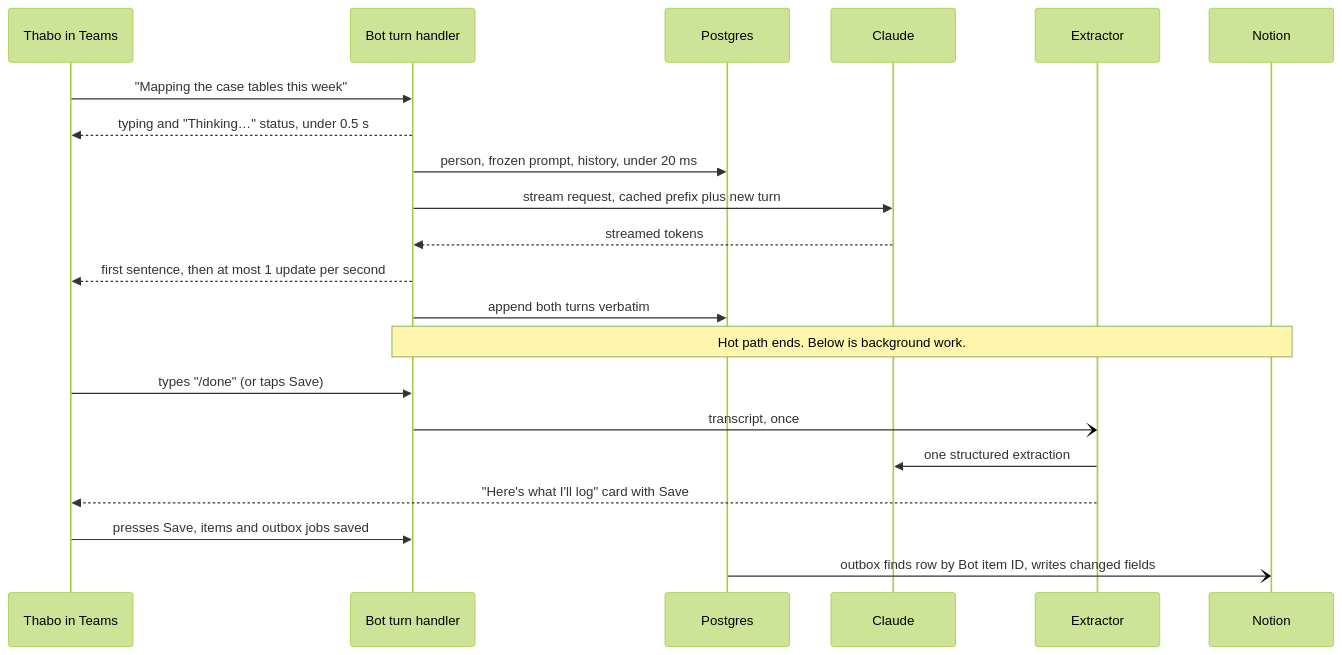
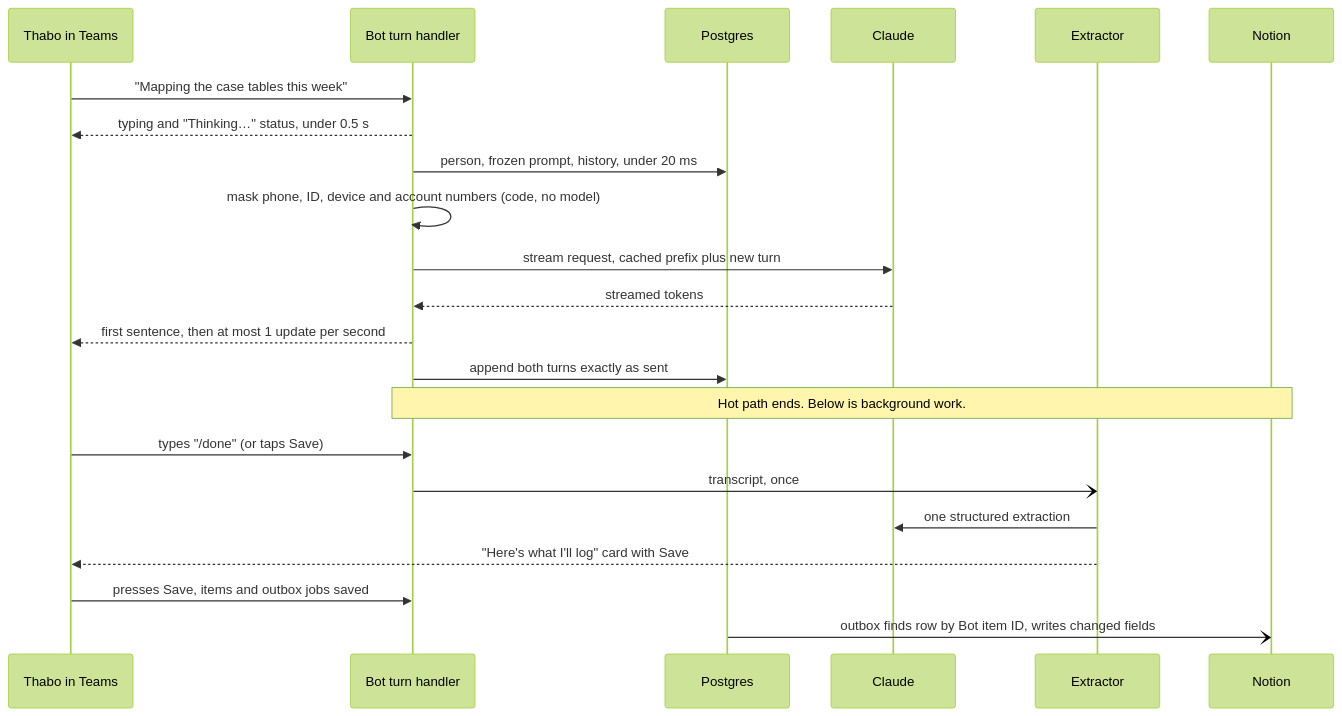
One commit to bedwards85/team-plannig-bot changed the second of 2 diagrams in docs/design.md. Above: the diagram before and after it, drawn with Mermaid (forest theme). The commit also changed other lines of this file and 1 other file, not shown here.

````diff
--- a/docs/design.md
+++ b/docs/design.md
@@ -40,23 +42,24 @@
 ```mermaid
 sequenceDiagram
   participant P as Thabo in Teams
   participant B as Bot turn handler
   participant D as Postgres
   participant C as Claude
   participant X as Extractor
   participant N as Notion
   P->>B: "Mapping the case tables this week"
   B-->>P: typing and "Thinking…" status, under 0.5 s
   B->>D: person, frozen prompt, history, under 20 ms
+  B->>B: mask phone, ID, device and account numbers (code, no model)
   B->>C: stream request, cached prefix plus new turn
   C-->>B: streamed tokens
   B-->>P: first sentence, then at most 1 update per second
-  B->>D: append both turns verbatim
+  B->>D: append both turns exactly as sent
   Note over B,N: Hot path ends. Below is background work.
   P->>B: types "/done" (or taps Save)
   B-)X: transcript, once
   X->>C: one structured extraction
   X-->>P: "Here's what I'll log" card with Save
   P->>B: presses Save, items and outbox jobs saved
   D-)N: outbox finds row by Bot item ID, writes changed fields
 ```
````
